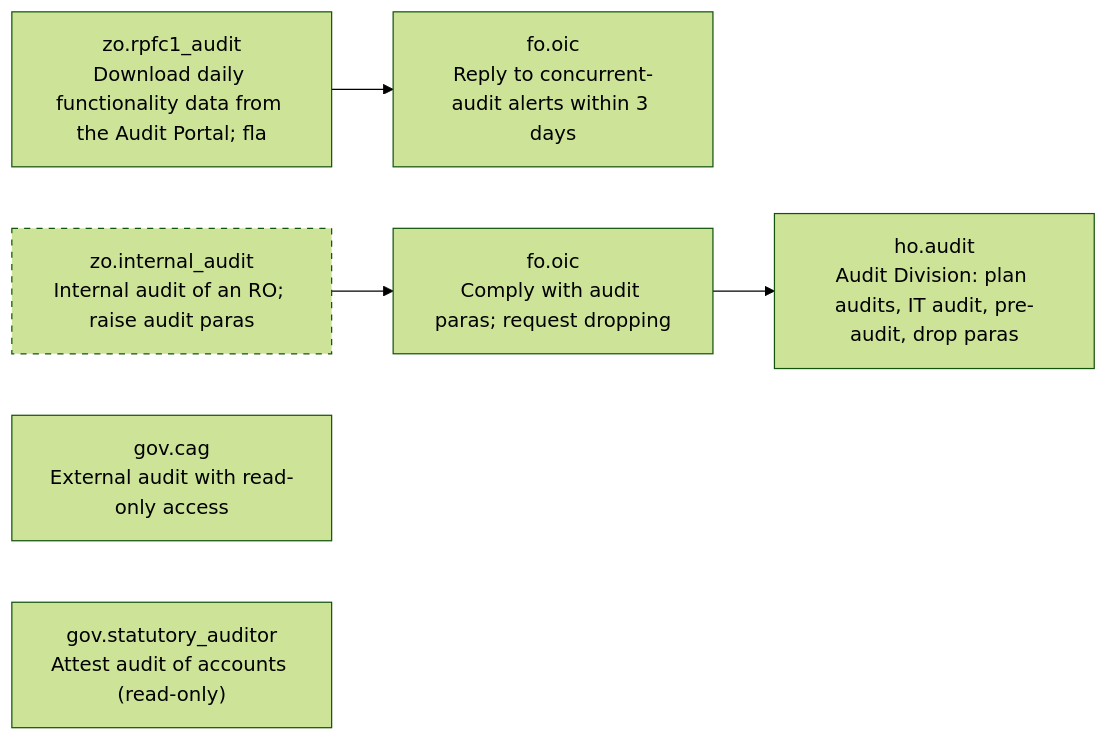
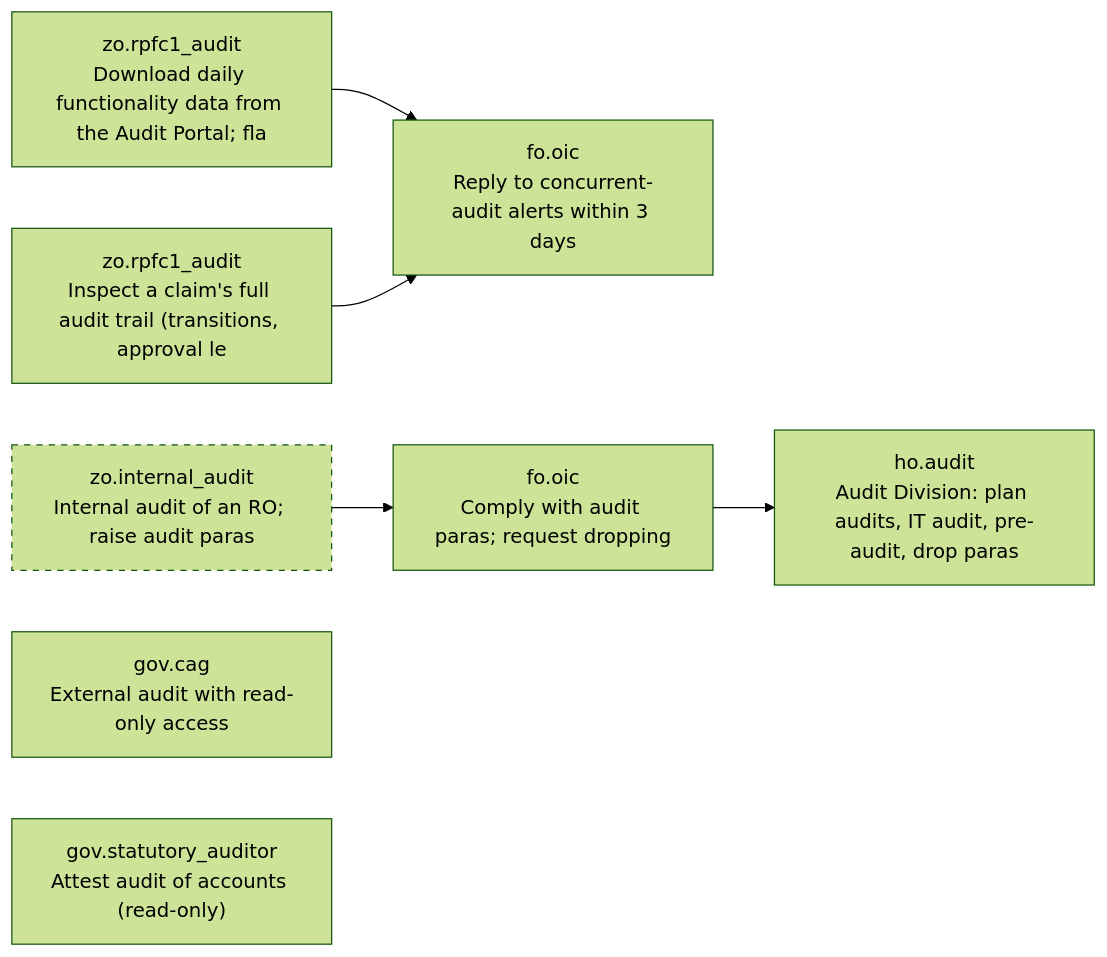
Before and after one commit to gauravmeena0708/pf-life: diagram 12 of 14 in docs/stakeholder-api-sets.md, drawn with Mermaid (forest theme). The commit also changed other lines of this file and 19 other files, not shown here.

````diff
--- a/docs/stakeholder-api-sets.md
+++ b/docs/stakeholder-api-sets.md
@@ -1695,14 +1709,16 @@
 ```mermaid
 flowchart LR
   F12_concurrent["zo.rpfc1_audit<br/>Download daily functionality data from the Audit Portal; fla"]
   F12_reply["fo.oic<br/>Reply to concurrent-audit alerts within 3 days"]
   F12_internal["zo.internal_audit<br/>Internal audit of an RO; raise audit paras"]
   style F12_internal stroke-dasharray: 5 5
   F12_para_reply["fo.oic<br/>Comply with audit paras; request dropping"]
   F12_ho["ho.audit<br/>Audit Division: plan audits, IT audit, pre-audit, drop paras"]
+  F12_claim_trail["zo.rpfc1_audit<br/>Inspect a claim's full audit trail (transitions, approval le"]
   F12_cag["gov.cag<br/>External audit with read-only access"]
   F12_statutory["gov.statutory_auditor<br/>Attest audit of accounts (read-only)"]
   F12_concurrent --> F12_reply
   F12_internal --> F12_para_reply
   F12_para_reply --> F12_ho
+  F12_claim_trail --> F12_reply
 ```
````
